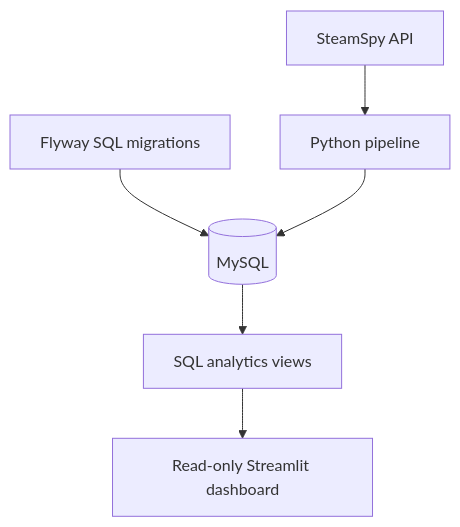
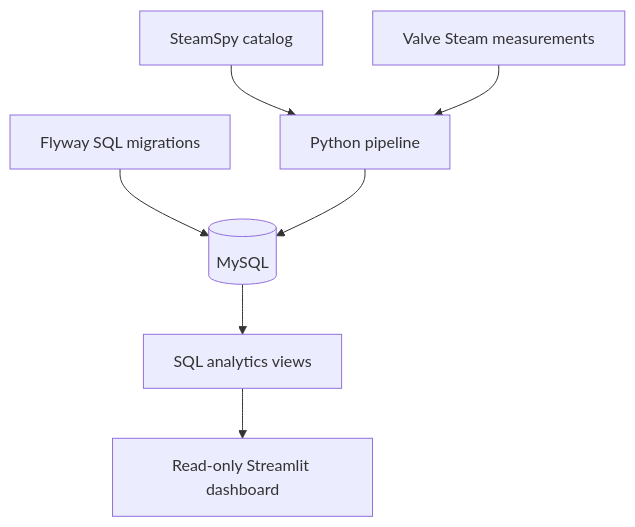
Before and after one commit to infish/steam-data-pipeline: the diagram in README.md, drawn with Mermaid. The commit also changed other lines of this file and 11 other files, not shown here.

````diff
--- a/README.md
+++ b/README.md
@@ -9,8 +9,9 @@
 ```mermaid
 flowchart TD
-    API["SteamSpy API"] --> Pipeline["Python pipeline"]
+    API["SteamSpy catalog"] --> Pipeline["Python pipeline"]
+    Steam["Valve Steam measurements"] --> Pipeline
     Flyway["Flyway SQL migrations"] --> MySQL[("MySQL")]
     Pipeline --> MySQL
     MySQL --> Views["SQL analytics views"]
     Views --> Dashboard["Read-only Streamlit dashboard"]
 ```
````
